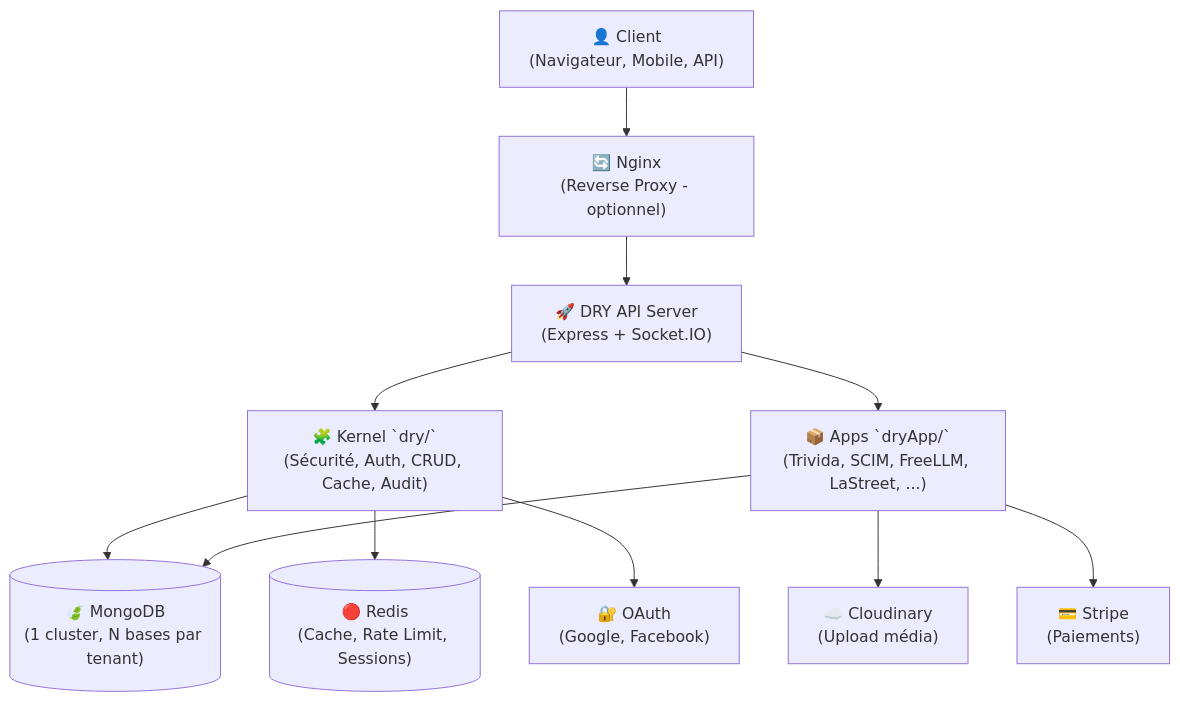
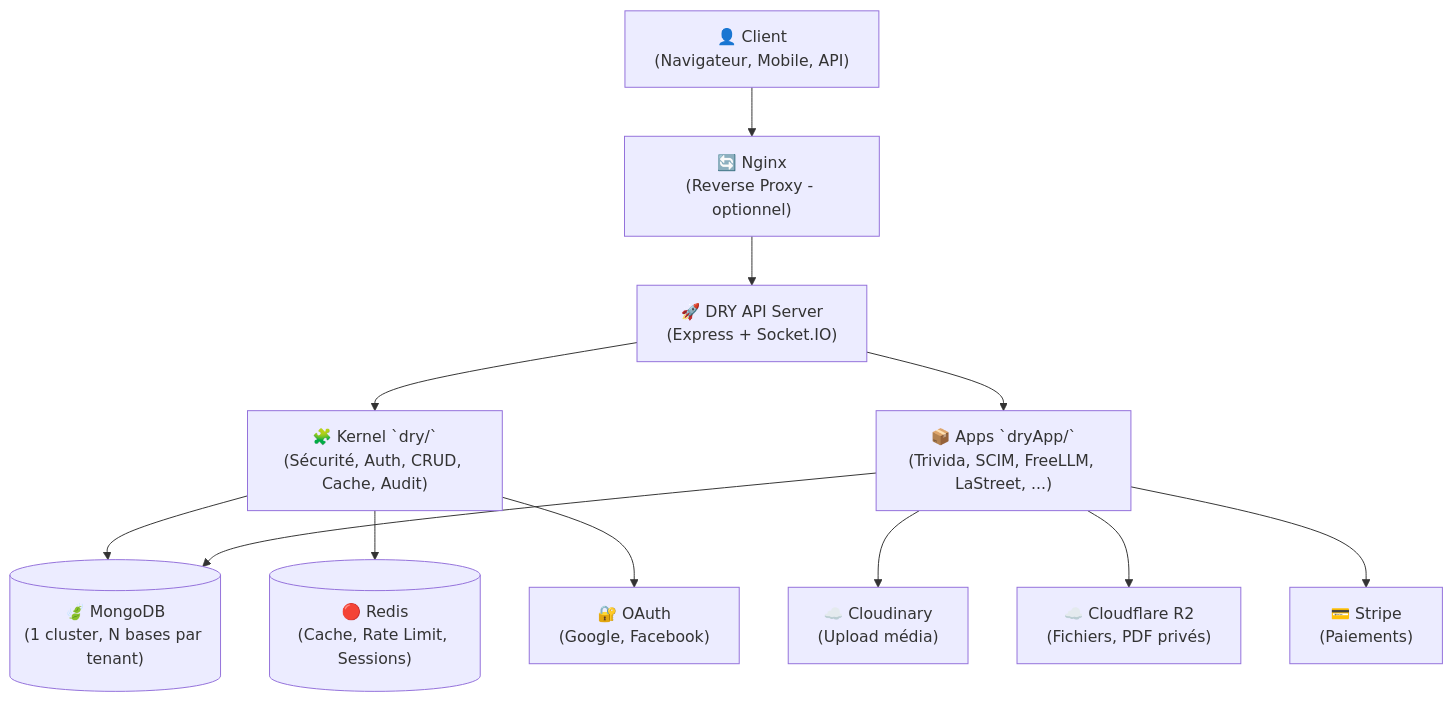
Before and after one commit to Christ-Mayala/dryApi: the first of 2 diagrams in docs/03_ARCHITECTURE.md, drawn with Mermaid. The commit also changed other lines of this file and 49 other files, not shown here.

````diff
--- a/docs/03_ARCHITECTURE.md
+++ b/docs/03_ARCHITECTURE.md
@@ -44,24 +44,26 @@
 ```mermaid
 flowchart TD
     Client["👤 Client\n(Navigateur, Mobile, API)"]
     Nginx["🔄 Nginx\n(Reverse Proxy - optionnel)"]
     DRY["🚀 DRY API Server\n(Express + Socket.IO)"]
     Kernel["🧩 Kernel `dry/`\n(Sécurité, Auth, CRUD, Cache, Audit)"]
     Apps["📦 Apps `dryApp/`\n(Trivida, SCIM, FreeLLM, LaStreet, ...)"]
     Mongo[("🍃 MongoDB\n(1 cluster, N bases par tenant)")]
     Redis[("🔴 Redis\n(Cache, Rate Limit, Sessions)")]
     Cloudinary["☁️ Cloudinary\n(Upload média)"]
+    R2["☁️ Cloudflare R2\n(Fichiers, PDF privés)"]
     Stripe["💳 Stripe\n(Paiements)"]
     OAuth["🔐 OAuth\n(Google, Facebook)"]
 
     Client --> Nginx
     Nginx --> DRY
     DRY --> Kernel
     DRY --> Apps
     Kernel --> Mongo
     Kernel --> Redis
     Apps --> Mongo
     Apps --> Cloudinary
+    Apps --> R2
     Apps --> Stripe
     Kernel --> OAuth
 ```
````
